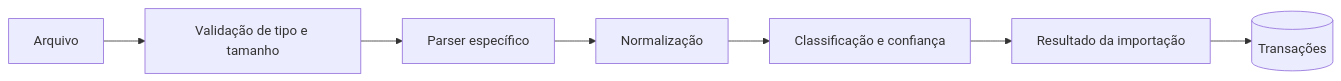
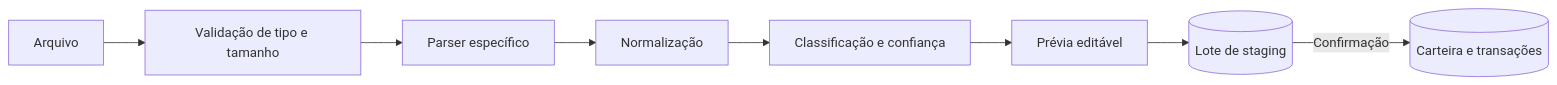
Before and after one commit to Guilhermecorral/Controle-de-Gastos: the fourth of 5 diagrams in docs/ARCHITECTURE.md, drawn with Mermaid. The commit also changed other lines of this file and 32 other files, not shown here.

````diff
--- a/docs/ARCHITECTURE.md
+++ b/docs/ARCHITECTURE.md
@@ -118,9 +119,10 @@
 ```mermaid
 flowchart LR
     F[Arquivo] --> V[Validação de tipo e tamanho]
     V --> P[Parser específico]
     P --> N[Normalização]
     N --> C[Classificação e confiança]
-    C --> R[Resultado da importação]
-    R --> T[(Transações)]
+    C --> R[Prévia editável]
+    R --> S[(Lote de staging)]
+    S -->|Confirmação| T[(Carteira e transações)]
 ```
````
